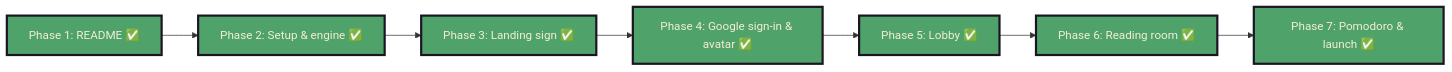
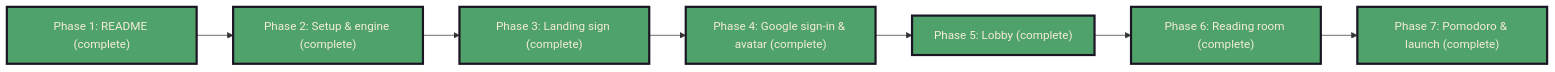
One commit to AdityaSurse/pixel-library changed the sixth of 11 diagrams in README.md. Above: the diagram before and after it, drawn with Mermaid. The commit also changed other lines of this file, not shown here.

Commit message:
README: Feature Pack 2 roadmap and library gallery

````diff
--- a/README.md
+++ b/README.md
@@ -243,18 +245,18 @@
 ```mermaid
 flowchart LR
     classDef red fill:#d9463b,stroke:#1b1423,stroke-width:3px,color:#f4ecd8;
     classDef mustard fill:#e0a84a,stroke:#1b1423,stroke-width:3px,color:#f4ecd8;
     classDef green fill:#4fa36a,stroke:#1b1423,stroke-width:3px,color:#f4ecd8;
     classDef blue fill:#4a5fa8,stroke:#1b1423,stroke-width:3px,color:#f4ecd8;
     classDef purple fill:#7e4a8a,stroke:#1b1423,stroke-width:3px,color:#f4ecd8;
     classDef teal fill:#3f7d6e,stroke:#1b1423,stroke-width:3px,color:#f4ecd8;
     classDef pink fill:#c86b86,stroke:#1b1423,stroke-width:3px,color:#f4ecd8;
     classDef wood fill:#7a4d31,stroke:#1b1423,stroke-width:3px,color:#f4ecd8;
 
-    P1["Phase 1: README ✅"]:::green --> P2["Phase 2: Setup & engine ✅"]:::green
-    P2 --> P3["Phase 3: Landing sign ✅"]:::green
-    P3 --> P4["Phase 4: Google sign-in & avatar ✅"]:::green
-    P4 --> P5["Phase 5: Lobby ✅"]:::green
-    P5 --> P6["Phase 6: Reading room ✅"]:::green
-    P6 --> P7["Phase 7: Pomodoro & launch ✅"]:::green
+    P1["Phase 1: README (complete)"]:::green --> P2["Phase 2: Setup & engine (complete)"]:::green
+    P2 --> P3["Phase 3: Landing sign (complete)"]:::green
+    P3 --> P4["Phase 4: Google sign-in & avatar (complete)"]:::green
+    P4 --> P5["Phase 5: Lobby (complete)"]:::green
+    P5 --> P6["Phase 6: Reading room (complete)"]:::green
+    P6 --> P7["Phase 7: Pomodoro & launch (complete)"]:::green
 ```
````
